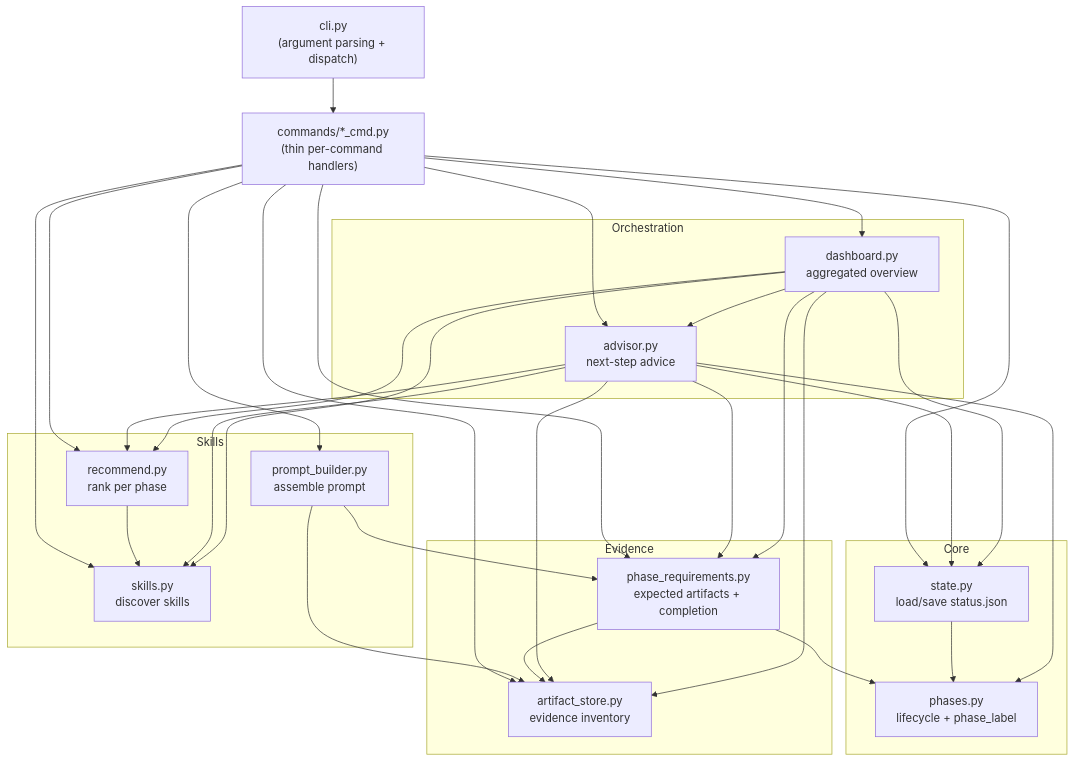
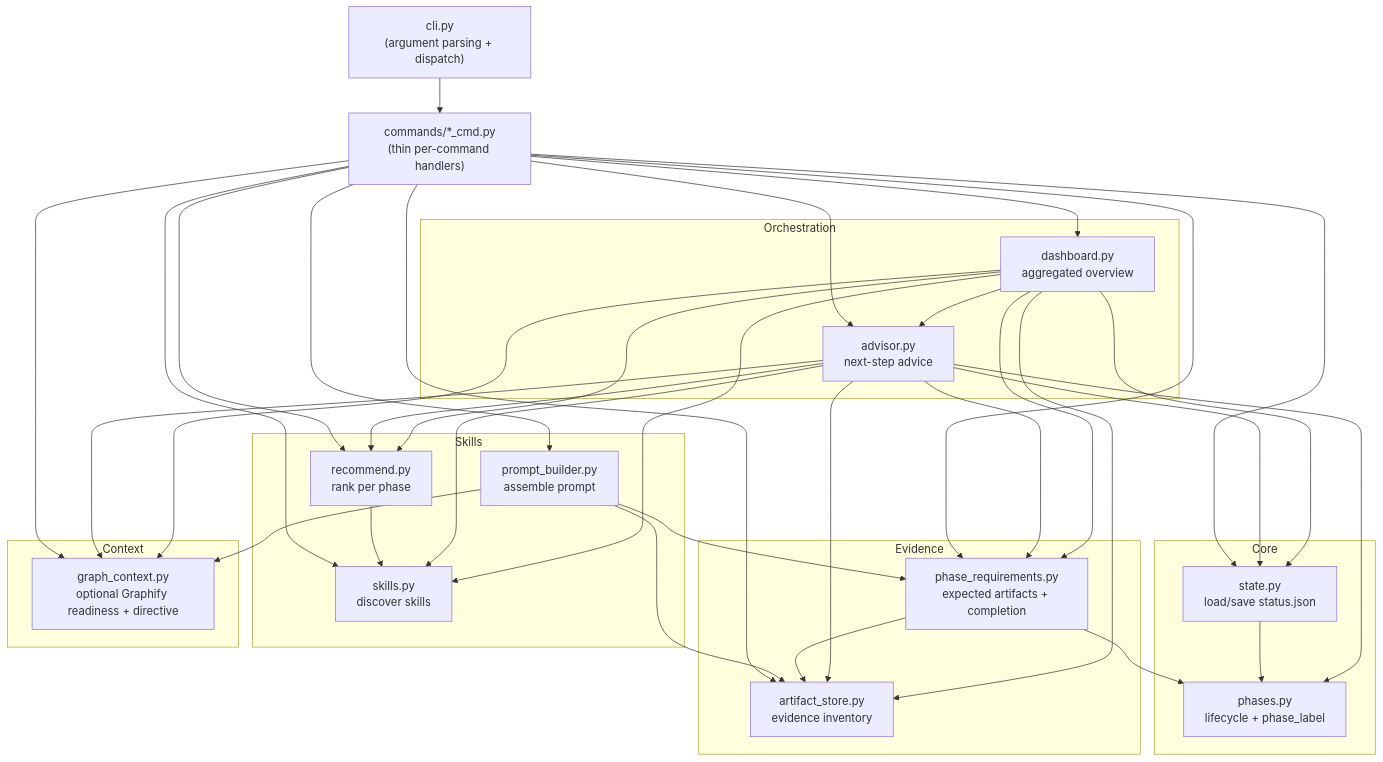
One commit to migmcc/project-pilot changed the diagram in docs/architecture.md. Above: the diagram before and after it, drawn with Mermaid. The commit also changed other lines of this file and 20 other files, not shown here.

Commit message:
feat: add optional Graphify context integration

````diff
--- a/docs/architecture.md
+++ b/docs/architecture.md
@@ -14,56 +14,64 @@
 ```mermaid
 graph TD
     CLI["cli.py<br/>(argument parsing + dispatch)"]
     CMDS["commands/*_cmd.py<br/>(thin per-command handlers)"]
 
     subgraph Core
         STATE["state.py<br/>load/save status.json"]
         PHASES["phases.py<br/>lifecycle + phase_label"]
     end
 
     subgraph Skills
         SKILLS["skills.py<br/>discover skills"]
         RECOMMEND["recommend.py<br/>rank per phase"]
         PROMPT["prompt_builder.py<br/>assemble prompt"]
     end
 
     subgraph Evidence
         ARTIFACTS["artifact_store.py<br/>evidence inventory"]
         REQS["phase_requirements.py<br/>expected artifacts + completion"]
     end
 
     subgraph Orchestration
         ADVISOR["advisor.py<br/>next-step advice"]
         DASH["dashboard.py<br/>aggregated overview"]
     end
 
+    subgraph Context
+        GRAPHCTX["graph_context.py<br/>optional Graphify readiness + directive"]
+    end
+
     CLI --> CMDS
     CMDS --> STATE
     CMDS --> SKILLS
     CMDS --> RECOMMEND
     CMDS --> PROMPT
     CMDS --> ARTIFACTS
     CMDS --> REQS
     CMDS --> ADVISOR
     CMDS --> DASH
+    CMDS --> GRAPHCTX
 
     RECOMMEND --> SKILLS
     PROMPT --> ARTIFACTS
     PROMPT --> REQS
     REQS --> ARTIFACTS
     ADVISOR --> STATE
     ADVISOR --> SKILLS
     ADVISOR --> RECOMMEND
     ADVISOR --> ARTIFACTS
     ADVISOR --> REQS
     DASH --> STATE
     DASH --> ADVISOR
     DASH --> REQS
     DASH --> ARTIFACTS
     DASH --> SKILLS
     DASH --> RECOMMEND
+    ADVISOR --> GRAPHCTX
+    PROMPT --> GRAPHCTX
+    DASH --> GRAPHCTX
 
     STATE --> PHASES
     ADVISOR --> PHASES
     REQS --> PHASES
 ```
````
